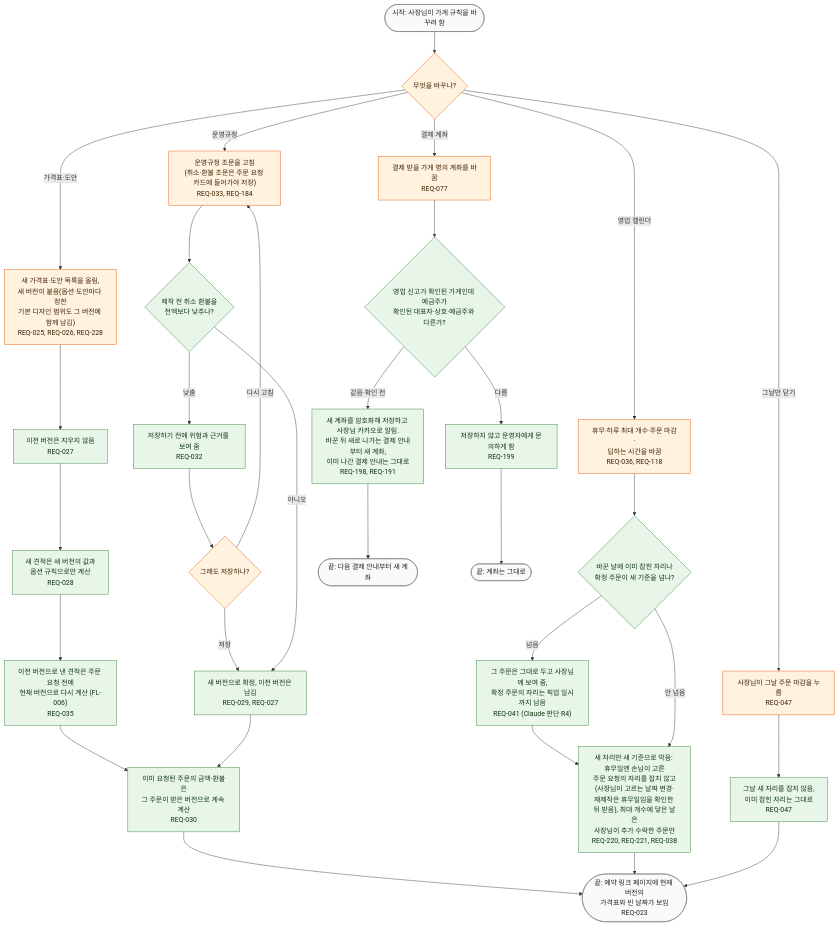
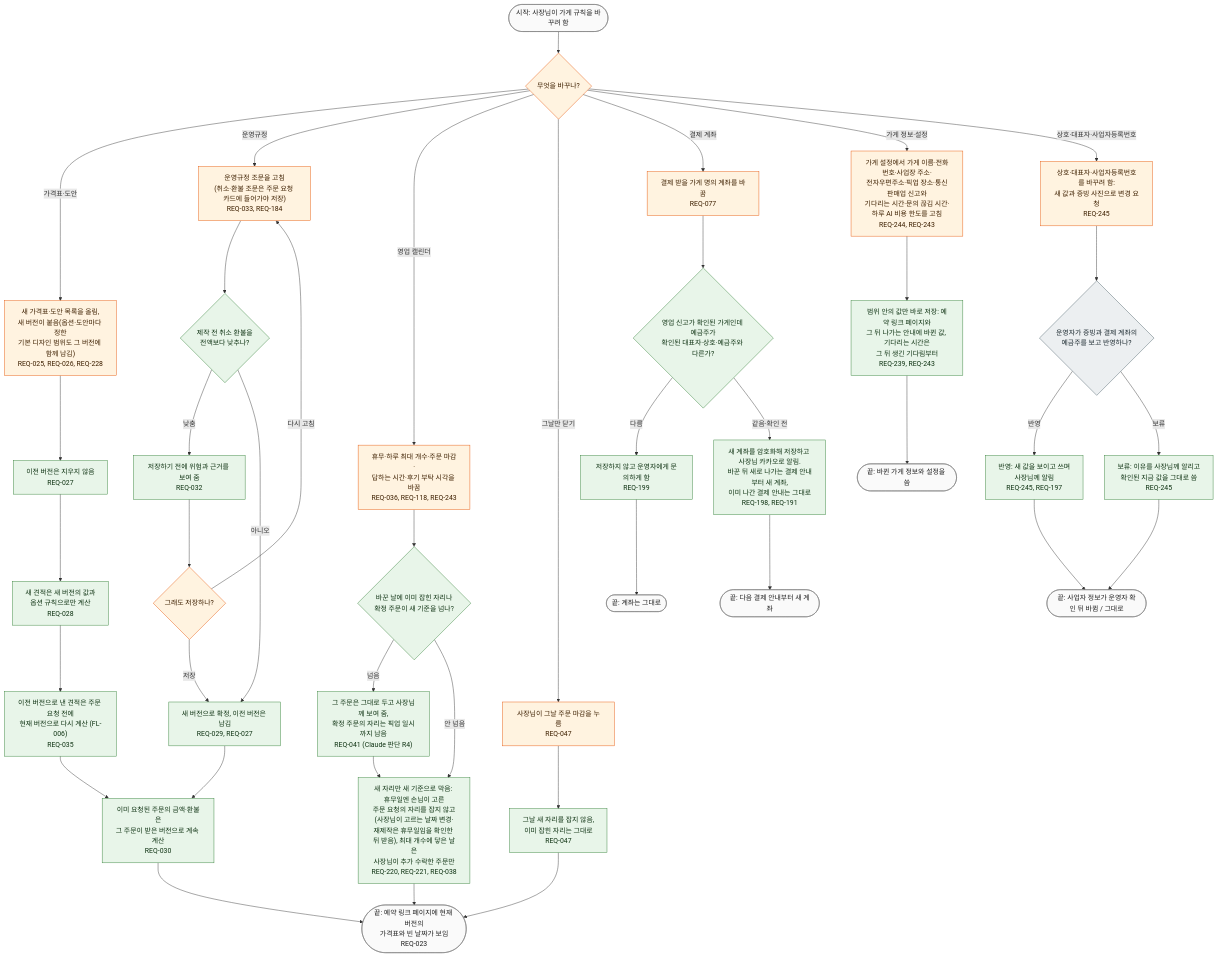
Before and after one commit to kodonghui/siljang.ai: the diagram in docs/03-user-flow/FL-002-change-shop-rules.md, drawn with Mermaid. The commit also changed other lines of this file and 67 other files, not shown here.

````diff
--- a/docs/03-user-flow/FL-002-change-shop-rules.md
+++ b/docs/03-user-flow/FL-002-change-shop-rules.md
@@ -18,52 +18,66 @@
 ```mermaid
 flowchart TD
   S(["시작: 사장님이 가게 규칙을 바꾸려 함"])
   D0{"무엇을 바꾸나?"}
   P1["새 가격표·도안 목록을 올림,<br/>새 버전이 붙음(옵션·도안마다 정한<br/>기본 디자인 범위도 그 버전에 함께 남김)<br/>REQ-025, REQ-026, REQ-228"]
   P2["이전 버전은 지우지 않음<br/>REQ-027"]
   P3["새 견적은 새 버전의 값과<br/>옵션 규칙으로만 계산<br/>REQ-028"]
   P4["이전 버전으로 낸 견적은 주문 요청 전에<br/>현재 버전으로 다시 계산 (FL-006)<br/>REQ-035"]
   U1["운영규정 조문을 고침<br/>(취소·환불 조문은 주문 요청 카드에 들어가야 저장)<br/>REQ-033, REQ-184"]
   D1{"제작 전 취소 환불을<br/>전액보다 낮추나?"}
   U2["저장하기 전에 위험과 근거를 보여 줌<br/>REQ-032"]
   D2{"그래도 저장하나?"}
   U3["새 버전으로 확정, 이전 버전은 남김<br/>REQ-029, REQ-027"]
   K1["이미 요청된 주문의 금액·환불은<br/>그 주문이 받은 버전으로 계속 계산<br/>REQ-030"]
-  C1["휴무·하루 최대 개수·주문 마감·<br/>답하는 시간을 바꿈<br/>REQ-036, REQ-118"]
+  C1["휴무·하루 최대 개수·주문 마감·<br/>답하는 시간·후기 부탁 시각을 바꿈<br/>REQ-036, REQ-118, REQ-243"]
   D3{"바꾼 날에 이미 잡힌 자리나<br/>확정 주문이 새 기준을 넘나?"}
   C2["그 주문은 그대로 두고 사장님께 보여 줌,<br/>확정 주문의 자리는 픽업 일시까지 남음<br/>REQ-041 (Claude 판단 R4)"]
   C3["새 자리만 새 기준으로 막음: 휴무일엔 손님이 고른<br/>주문 요청의 자리를 잡지 않고(사장님이 고르는 날짜 변경·<br/>재제작은 휴무일임을 확인한 뒤 받음), 최대 개수에 닿은 날은<br/>사장님이 추가 수락한 주문만<br/>REQ-220, REQ-221, REQ-038"]
   M1["사장님이 그날 주문 마감을 누름<br/>REQ-047"]
   M2["그날 새 자리를 잡지 않음,<br/>이미 잡힌 자리는 그대로<br/>REQ-047"]
   E1(["끝: 예약 링크 페이지에 현재 버전의<br/>가격표와 빈 날짜가 보임<br/>REQ-023"])
   A1["결제 받을 가게 명의 계좌를 바꿈<br/>REQ-077"]
   D4{"영업 신고가 확인된 가게인데 예금주가<br/>확인된 대표자·상호·예금주와 다른가?"}
   W1["저장하지 않고 운영자에게 문의하게 함<br/>REQ-199"]
   A2["새 계좌를 암호화해 저장하고 사장님 카카오로 알림.<br/>바꾼 뒤 새로 나가는 결제 안내부터 새 계좌,<br/>이미 나간 결제 안내는 그대로<br/>REQ-198, REQ-191"]
   E2(["끝: 다음 결제 안내부터 새 계좌"])
   E3(["끝: 계좌는 그대로"])
+  G1["가게 설정에서 가게 이름·전화번호·사업장 주소·<br/>전자우편주소·픽업 장소·통신판매업 신고와<br/>기다리는 시간·문의 끊김 시간·하루 AI 비용 한도를 고침<br/>REQ-244, REQ-243"]
+  G2["범위 안의 값만 바로 저장: 예약 링크 페이지와<br/>그 뒤 나가는 안내에 바뀐 값, 기다리는 시간은<br/>그 뒤 생긴 기다림부터<br/>REQ-239, REQ-243"]
+  B1["상호·대표자·사업자등록번호를 바꾸려 함:<br/>새 값과 증빙 사진으로 변경 요청<br/>REQ-245"]
+  D5{"운영자가 증빙과 결제 계좌의<br/>예금주를 보고 반영하나?"}
+  B2["반영: 새 값을 보이고 쓰며<br/>사장님께 알림<br/>REQ-245, REQ-197"]
+  B3["보류: 이유를 사장님께 알리고<br/>확인된 지금 값을 그대로 씀<br/>REQ-245"]
+  E4(["끝: 바뀐 가게 정보와 설정을 씀"])
+  E5(["끝: 사업자 정보가 운영자 확인 뒤 바뀜 / 그대로"])
 
   S --> D0
   D0 -->|"가격표·도안"| P1 --> P2 --> P3 --> P4 --> K1
   D0 -->|"운영규정"| U1 --> D1
   D1 -->|"낮춤"| U2 --> D2
   D2 -->|"저장"| U3
   D2 -->|"다시 고침"| U1
   D1 -->|"아니오"| U3
   U3 --> K1 --> E1
   D0 -->|"영업 캘린더"| C1 --> D3
   D3 -->|"넘음"| C2 --> C3
   D3 -->|"안 넘음"| C3
   C3 --> E1
   D0 -->|"그날만 닫기"| M1 --> M2 --> E1
   D0 -->|"결제 계좌"| A1 --> D4
   D4 -->|"다름"| W1 --> E3
   D4 -->|"같음·확인 전"| A2 --> E2
+  D0 -->|"가게 정보·설정"| G1 --> G2 --> E4
+  D0 -->|"상호·대표자·사업자등록번호"| B1 --> D5
+  D5 -->|"반영"| B2 --> E5
+  D5 -->|"보류"| B3 --> E5
 
   classDef owner fill:#fff3e0,stroke:#e65100,color:#3e2000
   classDef svc fill:#e8f5e9,stroke:#2e7d32,color:#0f3313
   classDef term fill:#fafafa,stroke:#757575,color:#212121
-  class D0,P1,U1,D2,C1,M1,A1 owner
-  class P2,P3,P4,D1,U2,U3,K1,D3,C2,C3,M2,D4,W1,A2 svc
-  class S,E1,E2,E3 term
+  classDef op fill:#eceff1,stroke:#455a64,color:#1c2a30
+  class D0,P1,U1,D2,C1,M1,A1,G1,B1 owner
+  class D5 op
+  class P2,P3,P4,D1,U2,U3,K1,D3,C2,C3,M2,D4,W1,A2,G2,B2,B3 svc
+  class S,E1,E2,E3,E4,E5 term
 ```
````
